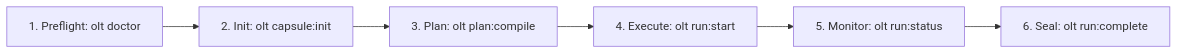
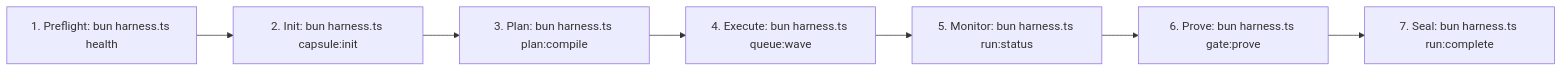
The diagram in docs/olt/reference/index.md (onurseckin/skills), drawn with Mermaid before and after one commit. The commit also changed other lines of this file and 163 other files, not shown here.

Commit message:
feat(olt): complete 7 master initiatives across reporting, doctor, policy, docs, storage and mailboxes

````diff
--- a/docs/olt/reference/index.md
+++ b/docs/olt/reference/index.md
@@ -66,8 +81,9 @@
 ```mermaid
 flowchart LR
-    Preflight[1. Preflight: olt doctor] --> Init[2. Init: olt capsule:init]
-    Init --> Plan[3. Plan: olt plan:compile]
-    Plan --> Run[4. Execute: olt run:start]
-    Run --> Status[5. Monitor: olt run:status]
-    Status --> Seal[6. Seal: olt run:complete]
+    Preflight[1. Preflight: bun harness.ts health] --> Init[2. Init: bun harness.ts capsule:init]
+    Init --> Plan[3. Plan: bun harness.ts plan:compile]
+    Plan --> Run[4. Execute: bun harness.ts queue:wave]
+    Run --> Status[5. Monitor: bun harness.ts run:status]
+    Status --> Prove[6. Prove: bun harness.ts gate:prove]
+    Prove --> Seal[7. Seal: bun harness.ts run:complete]
 ```
````
